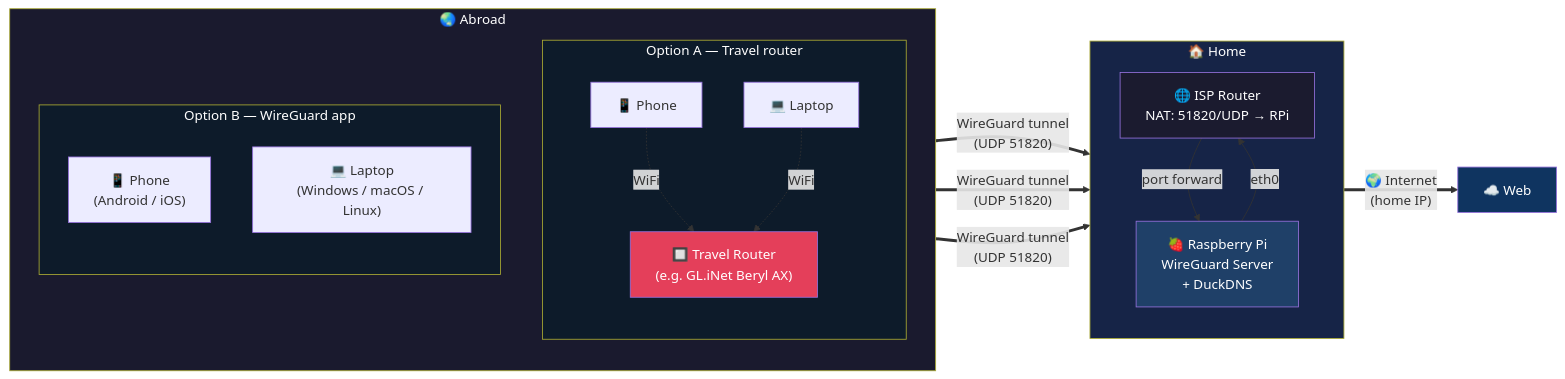
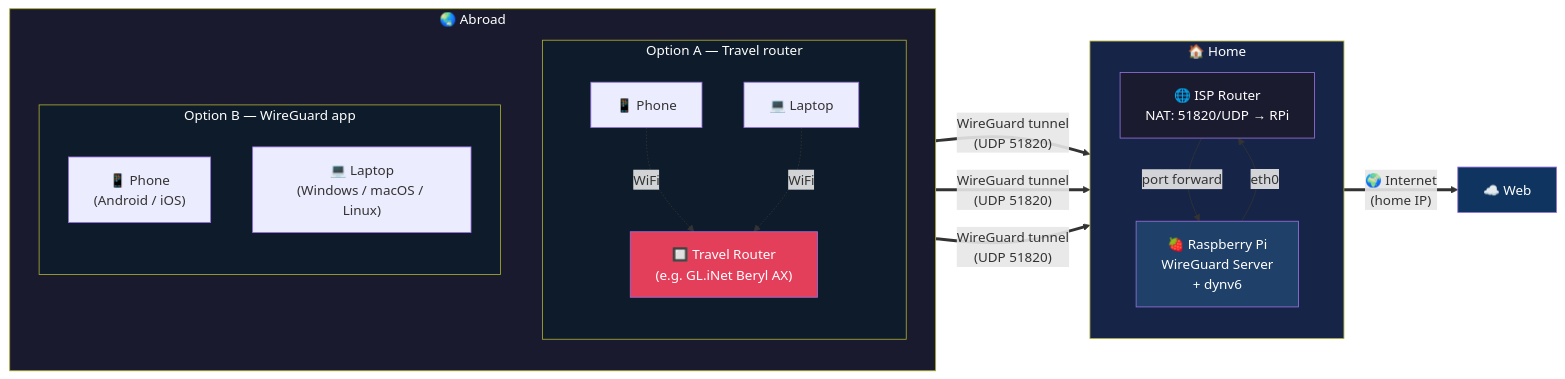
The diagram in README.md (synthetiqgroup/rpi-wireguard-exit-node), drawn with Mermaid before and after one commit. The commit also changed other lines of this file and 2 other files, not shown here.

First line of the commit message:
feat: replace DuckDNS with dynv6 + fix IPv6 disable on Debian 13

````diff
--- a/README.md
+++ b/README.md
@@ -26,43 +26,43 @@
 ```mermaid
 flowchart LR
     subgraph abroad["🌏 Abroad"]
         direction TB
 
         subgraph option_a["Option A — Travel router"]
             direction TB
             dev_a1["📱 Phone"]
             dev_a2["💻 Laptop"]
             router["🔲 Travel Router<br/>(e.g. GL.iNet Beryl AX)"]
             dev_a1 -.->|WiFi| router
             dev_a2 -.->|WiFi| router
         end
 
         subgraph option_b["Option B — WireGuard app"]
             direction TB
             phone_b["📱 Phone<br/>(Android / iOS)"]
             laptop_b["💻 Laptop<br/>(Windows / macOS / Linux)"]
         end
     end
 
     subgraph home["🏠 Home"]
         direction TB
         isp["🌐 ISP Router<br/>NAT: 51820/UDP → RPi"]
-        rpi["🍓 Raspberry Pi<br/>WireGuard Server<br/>+ DuckDNS"]
+        rpi["🍓 Raspberry Pi<br/>WireGuard Server<br/>+ dynv6"]
         rpi -->|eth0| isp
     end
 
     router ==>|"WireGuard tunnel<br/>(UDP 51820)"| isp
     phone_b ==>|"WireGuard tunnel<br/>(UDP 51820)"| isp
     laptop_b ==>|"WireGuard tunnel<br/>(UDP 51820)"| isp
     isp -->|"port forward"| rpi
     isp ==>|"🌍 Internet<br/>(home IP)"| web["☁️ Web"]
 
     style abroad fill:#1a1a2e,color:#fff
     style option_a fill:#0d1b2a,color:#fff
     style option_b fill:#0d1b2a,color:#fff
     style home fill:#162447,color:#fff
     style router fill:#e43f5a,color:#fff
     style rpi fill:#1f4068,color:#fff
     style isp fill:#1b1b2f,color:#fff
     style web fill:#0f3460,color:#fff
 ```
````
